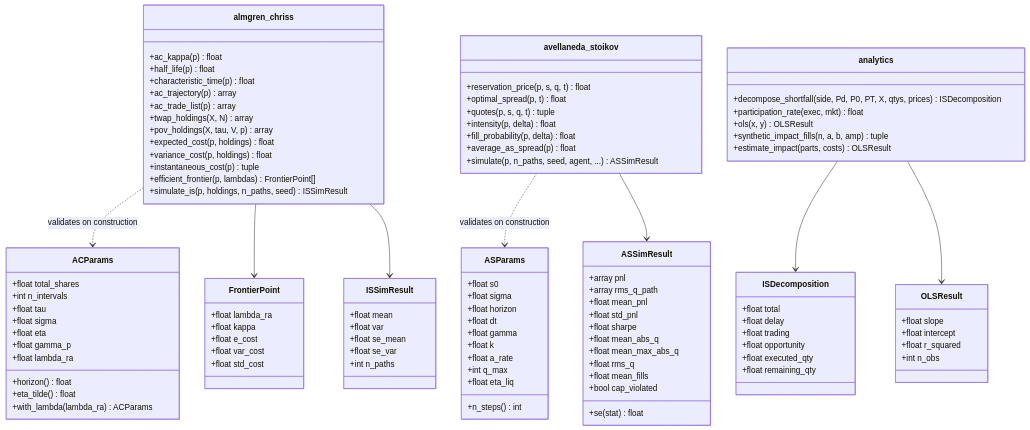
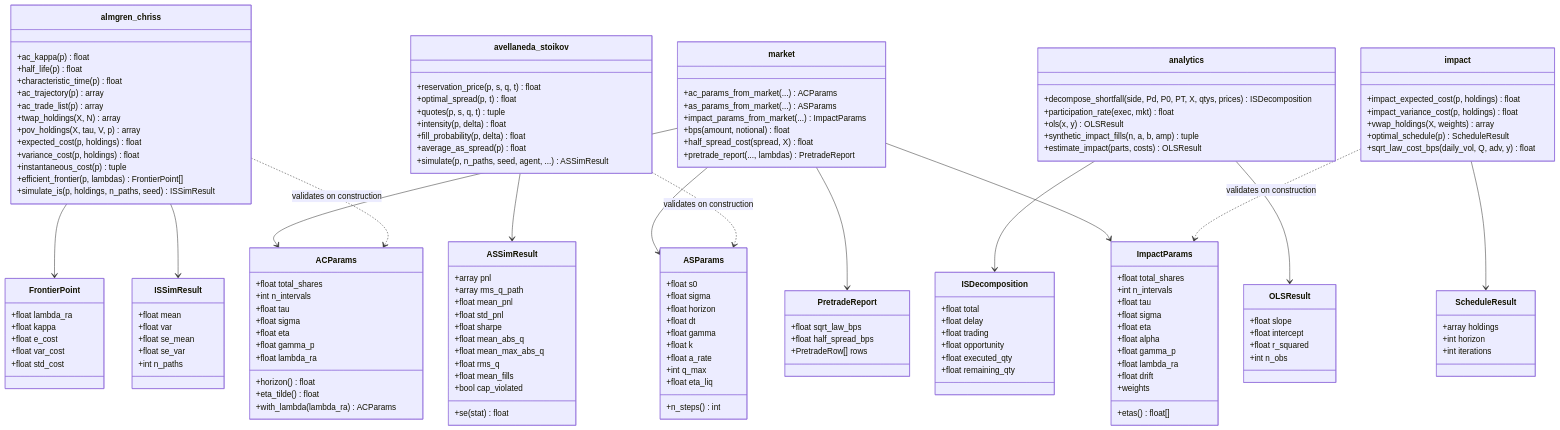
Before and after one commit to AshJha0/electronic-trading: the diagram in docs/diagrams/module_classes.mmd, drawn with Mermaid. The commit also changed 19 other files, not shown here.

```diff
--- a/docs/diagrams/module_classes.mmd
+++ b/docs/diagrams/module_classes.mmd
@@ -1,104 +1,149 @@
 classDiagram
     class ACParams {
         +float total_shares
         +int n_intervals
         +float tau
         +float sigma
         +float eta
         +float gamma_p
         +float lambda_ra
         +horizon() float
         +eta_tilde() float
         +with_lambda(lambda_ra) ACParams
     }
     class almgren_chriss {
         +ac_kappa(p) float
         +half_life(p) float
         +characteristic_time(p) float
         +ac_trajectory(p) array
         +ac_trade_list(p) array
         +twap_holdings(X, N) array
         +pov_holdings(X, tau, V, p) array
         +expected_cost(p, holdings) float
         +variance_cost(p, holdings) float
         +instantaneous_cost(p) tuple
         +efficient_frontier(p, lambdas) FrontierPoint[]
         +simulate_is(p, holdings, n_paths, seed) ISSimResult
     }
     class FrontierPoint {
         +float lambda_ra
         +float kappa
         +float e_cost
         +float var_cost
         +float std_cost
     }
     class ISSimResult {
         +float mean
         +float var
         +float se_mean
         +float se_var
         +int n_paths
     }
     class ASParams {
         +float s0
         +float sigma
         +float horizon
         +float dt
         +float gamma
         +float k
         +float a_rate
         +int q_max
         +float eta_liq
         +n_steps() int
     }
     class avellaneda_stoikov {
         +reservation_price(p, s, q, t) float
         +optimal_spread(p, t) float
         +quotes(p, s, q, t) tuple
         +intensity(p, delta) float
         +fill_probability(p, delta) float
         +average_as_spread(p) float
         +simulate(p, n_paths, seed, agent, ...) ASSimResult
     }
     class ASSimResult {
         +array pnl
         +array rms_q_path
         +float mean_pnl
         +float std_pnl
         +float sharpe
         +float mean_abs_q
         +float mean_max_abs_q
         +float rms_q
         +float mean_fills
         +bool cap_violated
         +se(stat) float
     }
     class analytics {
         +decompose_shortfall(side, Pd, P0, PT, X, qtys, prices) ISDecomposition
         +participation_rate(exec, mkt) float
         +ols(x, y) OLSResult
         +synthetic_impact_fills(n, a, b, amp) tuple
         +estimate_impact(parts, costs) OLSResult
     }
     class ISDecomposition {
         +float total
         +float delay
         +float trading
         +float opportunity
         +float executed_qty
         +float remaining_qty
     }
     class OLSResult {
         +float slope
         +float intercept
         +float r_squared
         +int n_obs
     }
 
+    class ImpactParams {
+        +float total_shares
+        +int n_intervals
+        +float tau
+        +float sigma
+        +float eta
+        +float alpha
+        +float gamma_p
+        +float lambda_ra
+        +float drift
+        +weights
+        +etas() float[]
+    }
+    class impact {
+        +impact_expected_cost(p, holdings) float
+        +impact_variance_cost(p, holdings) float
+        +vwap_holdings(X, weights) array
+        +optimal_schedule(p) ScheduleResult
+        +sqrt_law_cost_bps(daily_vol, Q, adv, y) float
+    }
+    class ScheduleResult {
+        +array holdings
+        +int horizon
+        +int iterations
+    }
+    class market {
+        +ac_params_from_market(...) ACParams
+        +as_params_from_market(...) ASParams
+        +impact_params_from_market(...) ImpactParams
+        +bps(amount, notional) float
+        +half_spread_cost(spread, X) float
+        +pretrade_report(..., lambdas) PretradeReport
+    }
+    class PretradeReport {
+        +float sqrt_law_bps
+        +float half_spread_bps
+        +PretradeRow[] rows
+    }
+
     almgren_chriss ..> ACParams : validates on construction
     almgren_chriss --> FrontierPoint
     almgren_chriss --> ISSimResult
     avellaneda_stoikov ..> ASParams : validates on construction
     avellaneda_stoikov --> ASSimResult
     analytics --> ISDecomposition
     analytics --> OLSResult
+    impact ..> ImpactParams : validates on construction
+    impact --> ScheduleResult
+    market --> ACParams
+    market --> ASParams
+    market --> ImpactParams
+    market --> PretradeReport
```
